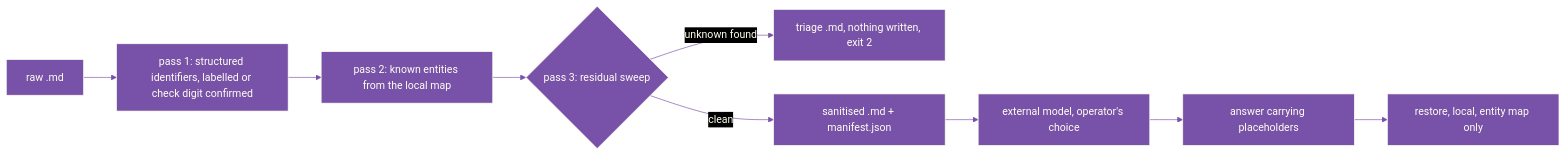
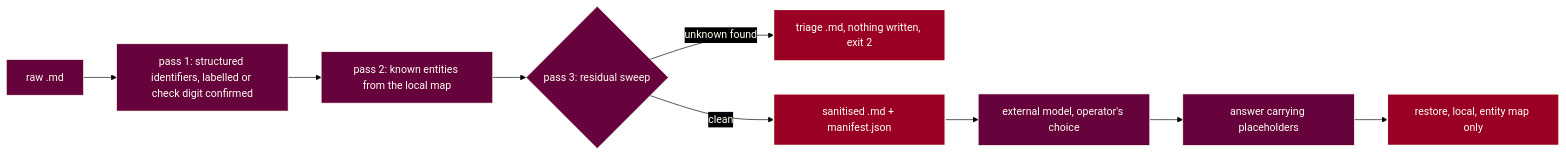
One commit to ryanduguid/accounting-review-pipeline changed the diagram in packages/evatt/DATA-FLOW.md. Above: the diagram before and after it, drawn with Mermaid. The commit also changed 4 other files, not shown here.

Commit message:
docs: match Mermaid diagrams to the website palette (#323)

````diff
--- a/packages/evatt/DATA-FLOW.md
+++ b/packages/evatt/DATA-FLOW.md
@@ -20,12 +20,15 @@
 ```mermaid
 flowchart LR
-%%{init: {"theme": "base", "themeVariables": {"background": "#000000", "primaryColor": "#7851A9", "primaryTextColor": "#FFFFF0", "primaryBorderColor": "#FFFFF0", "lineColor": "#7851A9", "textColor": "#FFFFF0", "edgeLabelBackground": "#000000", "clusterBkg": "#000000", "clusterBorder": "#7851A9", "titleColor": "#FFFFF0"}}}%%
+%%{init: {"theme": "base", "themeVariables": {"background": "#000000", "primaryColor": "#66023C", "primaryTextColor": "#FFFFF0", "primaryBorderColor": "#FFFFF0", "lineColor": "#000000", "textColor": "#FFFFF0", "edgeLabelBackground": "#000000", "clusterBkg": "#000000", "clusterBorder": "#FFFFF0", "titleColor": "#FFFFF0"}, "themeCSS": ".flowchart-link, .relationshipLine, marker path { filter: drop-shadow(0px 1px 0px #FFFFF0) drop-shadow(0px -1px 0px #FFFFF0) drop-shadow(1px 0px 0px #FFFFF0) drop-shadow(-1px 0px 0px #FFFFF0); }"}}%%
     Raw["raw .md"] --> Structured["pass 1: structured identifiers, labelled or check digit confirmed"]
     Structured --> Entities["pass 2: known entities from the local map"]
     Entities --> Residual{"pass 3: residual sweep"}
     Residual -->|unknown found| Halt["triage .md, nothing written, exit 2"]
     Residual -->|clean| Out["sanitised .md + manifest.json"]
     Out --> Model["external model, operator's choice"]
     Model --> Answer["answer carrying placeholders"]
     Answer --> Restore["restore, local, entity map only"]
+    style Halt fill:#990024,stroke:#FFFFF0,stroke-width:2px,color:#FFFFF0
+    style Out fill:#990024,stroke:#FFFFF0,stroke-width:2px,color:#FFFFF0
+    style Restore fill:#990024,stroke:#FFFFF0,stroke-width:2px,color:#FFFFF0
 ```
````
